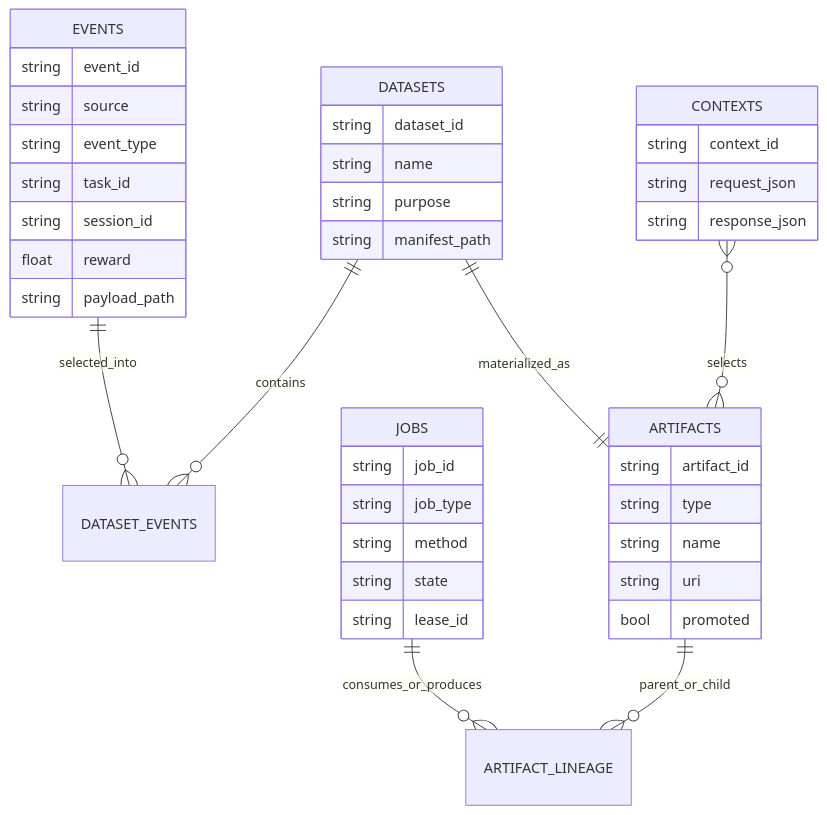
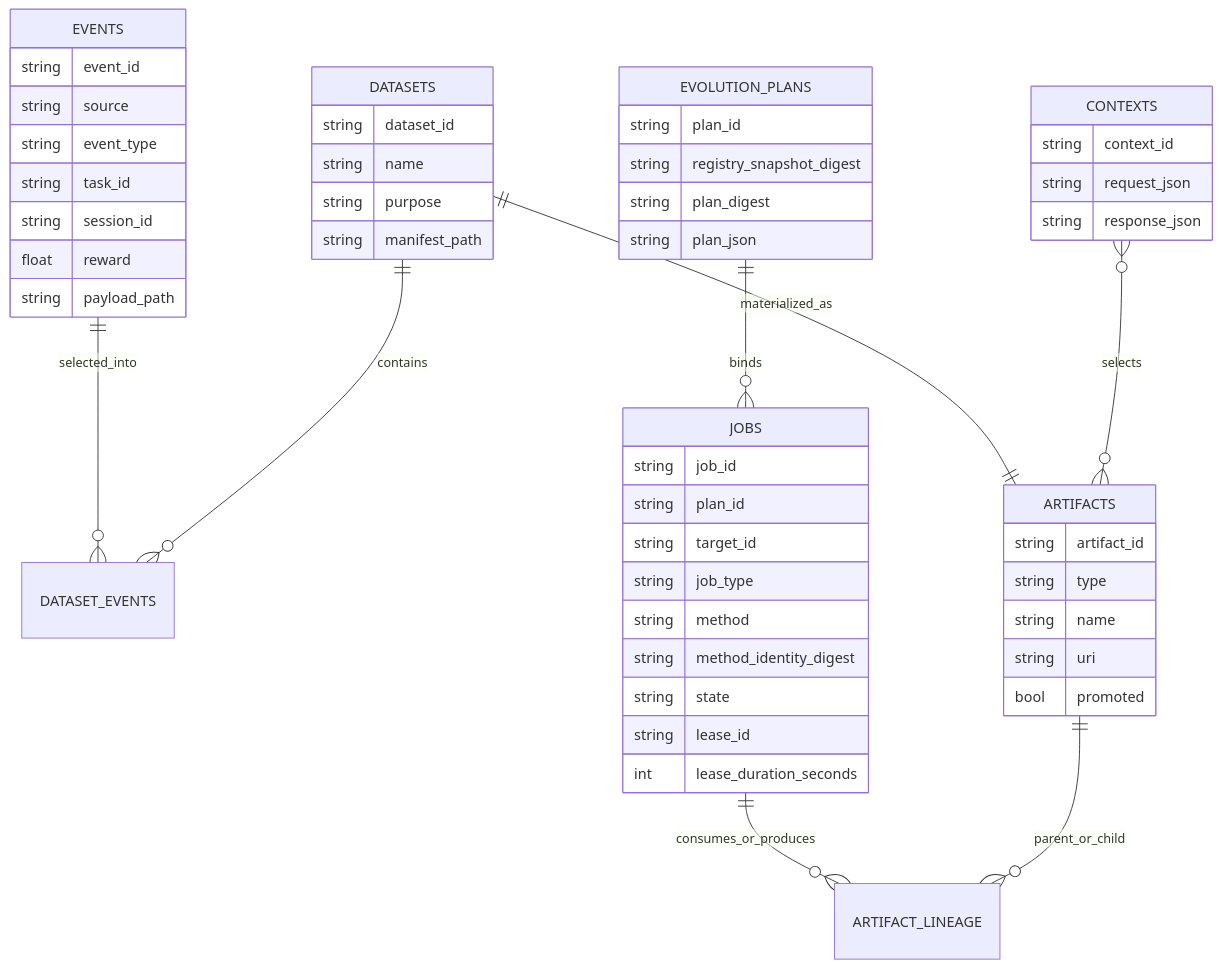
The second of 4 diagrams in docs/architecture/evolution-backend.md (KDBRonaldo/OpenEvo), drawn with Mermaid before and after one commit. The commit also changed other lines of this file and 69 other files, not shown here.

Commit message:
feat: bind verified evolution plans to jobs (#145)

````diff
--- a/docs/architecture/evolution-backend.md
+++ b/docs/architecture/evolution-backend.md
@@ -57,44 +59,55 @@
 ```mermaid
 erDiagram
     EVENTS ||--o{ DATASET_EVENTS : selected_into
     DATASETS ||--o{ DATASET_EVENTS : contains
     DATASETS ||--|| ARTIFACTS : materialized_as
+    EVOLUTION_PLANS ||--o{ JOBS : binds
     JOBS ||--o{ ARTIFACT_LINEAGE : consumes_or_produces
     ARTIFACTS ||--o{ ARTIFACT_LINEAGE : parent_or_child
     CONTEXTS }o--o{ ARTIFACTS : selects
 
     EVENTS {
         string event_id
         string source
         string event_type
         string task_id
         string session_id
         float reward
         string payload_path
     }
     DATASETS {
         string dataset_id
         string name
         string purpose
         string manifest_path
     }
     JOBS {
         string job_id
+        string plan_id
+        string target_id
         string job_type
         string method
+        string method_identity_digest
         string state
         string lease_id
+        int lease_duration_seconds
+    }
+    EVOLUTION_PLANS {
+        string plan_id
+        string registry_snapshot_digest
+        string plan_digest
+        string plan_json
     }
     ARTIFACTS {
         string artifact_id
         string type
         string name
         string uri
         bool promoted
     }
     CONTEXTS {
         string context_id
         string request_json
         string response_json
     }
 ```
````
